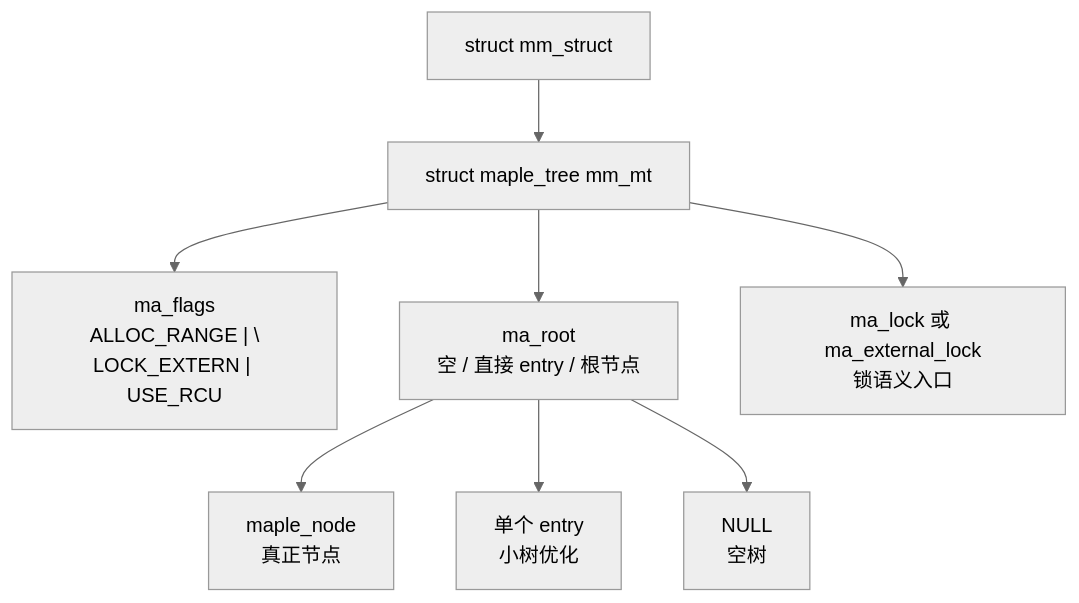
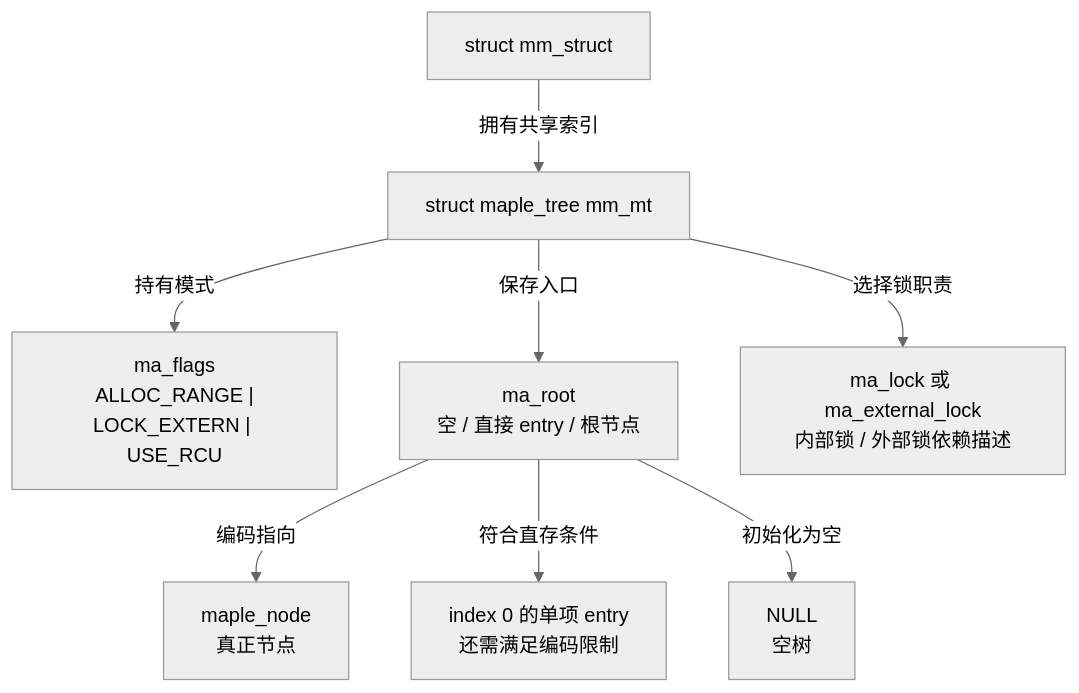
The third of 14 diagrams in knowledge/linux/data_structures/红黑树_rb-tree/P15_Linux_6.12_Maple_Tree_源码结构与_API_分层.md (FormingSystem/linux_note), drawn with Mermaid (neutral theme) before and after one commit. The commit also changed other lines of this file and 16 other files, not shown here.

````diff
--- a/knowledge/linux/data_structures/红黑树_rb-tree/P15_Linux_6.12_Maple_Tree_源码结构与_API_分层.md
+++ b/knowledge/linux/data_structures/红黑树_rb-tree/P15_Linux_6.12_Maple_Tree_源码结构与_API_分层.md
@@ -253,17 +125,17 @@
 ```mermaid
 flowchart TD
     MM["struct mm_struct"]
     MT["struct maple_tree mm_mt"]
-    FLAGS["ma_flags<br/>ALLOC_RANGE | \<br/>LOCK_EXTERN | USE_RCU"]
+    FLAGS["ma_flags<br/>ALLOC_RANGE |<br/>LOCK_EXTERN | USE_RCU"]
     ROOT["ma_root<br/>空 / 直接 entry / 根节点"]
-    LOCK["ma_lock 或 ma_external_lock<br/>锁语义入口"]
+    LOCK["ma_lock 或 ma_external_lock<br/>内部锁 / 外部锁依赖描述"]
 
-    MM --> MT
-    MT --> FLAGS
-    MT --> ROOT
-    MT --> LOCK
+    MM -->|拥有共享索引| MT
+    MT -->|持有模式| FLAGS
+    MT -->|保存入口| ROOT
+    MT -->|选择锁职责| LOCK
 
-    ROOT --> N0["maple_node<br/>真正节点"]
-    ROOT --> E0["单个 entry<br/>小树优化"]
-    ROOT --> NULL["NULL<br/>空树"]
+    ROOT -->|编码指向| N0["maple_node<br/>真正节点"]
+    ROOT -->|符合直存条件| E0["index 0 的单项 entry<br/>还需满足编码限制"]
+    ROOT -->|初始化为空| NULL["NULL<br/>空树"]
 ```
````
